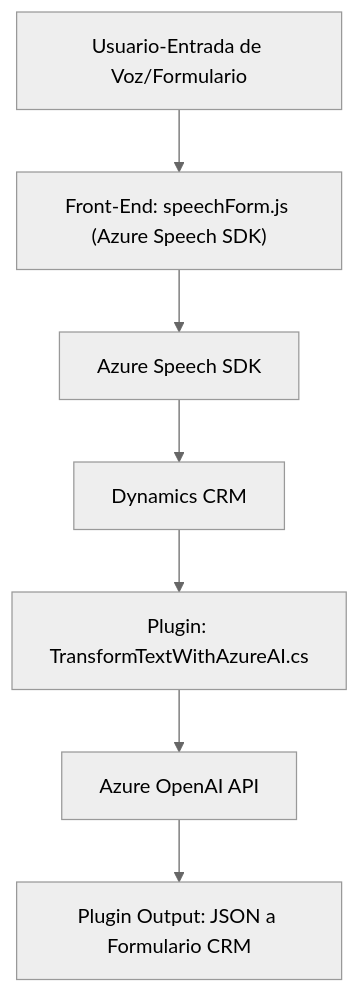
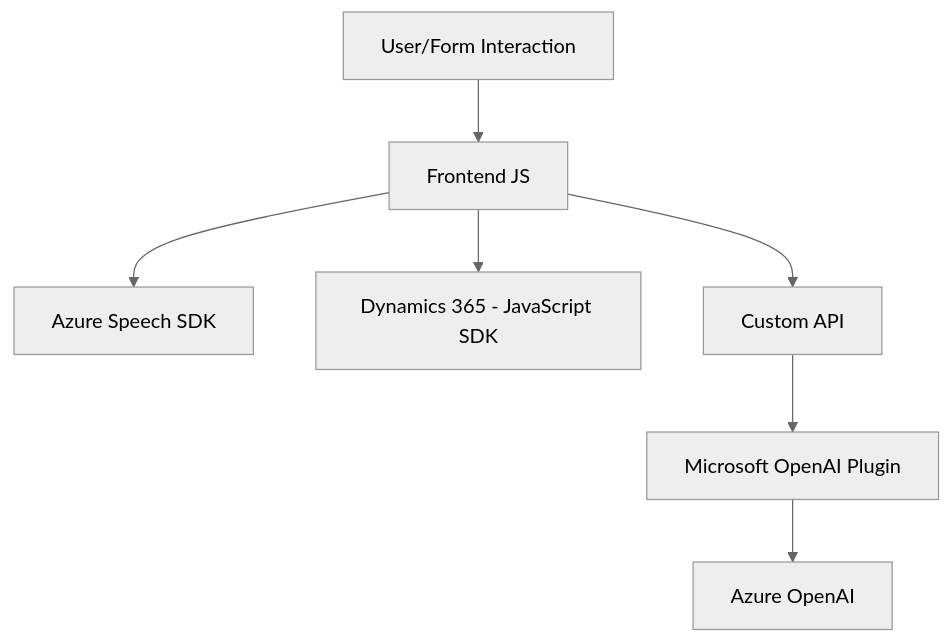
One commit to blopezdm/NETCORE_BILBAO2025 changed the diagram in README.md. Above: the diagram before and after it, drawn with Mermaid (neutral theme). The commit also changed other lines of this file, not shown here.

````diff
--- a/README.md
+++ b/README.md
@@ -43,17 +34,17 @@
 ```mermaid
 graph TD
-    A["Usuario-Entrada de Voz/Formulario"]
-    B["Front-End: speechForm.js (Azure Speech SDK)"]
-    C["Azure Speech SDK"]
-    D["Dynamics CRM"]
-    E["Plugin: TransformTextWithAzureAI.cs"]
-    F["Azure OpenAI API"]
-    G["Plugin Output: JSON a Formulario CRM"]
+    A["Frontend JS"]
+    B["Azure Speech SDK"]
+    C["Dynamics 365 - JavaScript SDK"]
+    D["Microsoft OpenAI Plugin"]
+    E["Azure OpenAI"]
+    F["Custom API"]
+    G["User/Form Interaction"]
 
+    G --> A
     A --> B
-    B --> C
-    C --> D
+    A --> C
+    A --> F
+    F --> D
     D --> E
-    E --> F
-    F --> G
 ```
````
